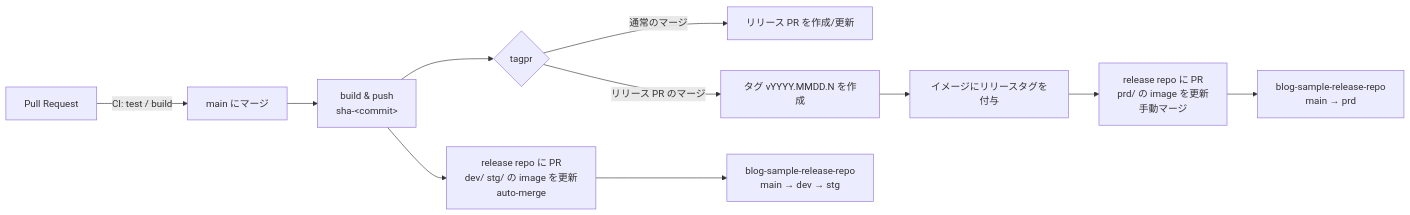
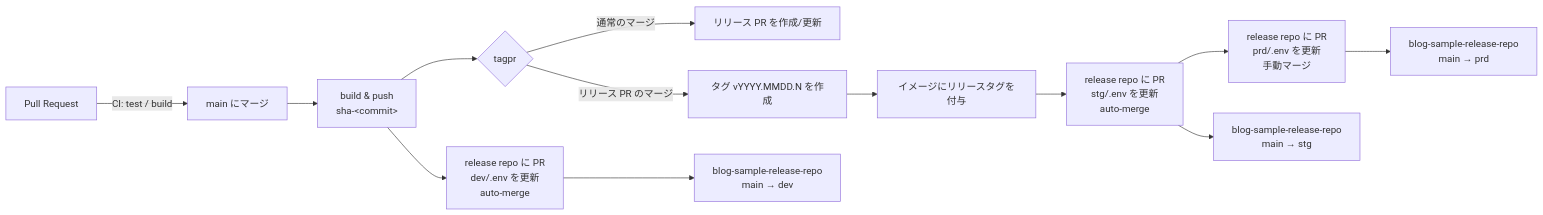
Before and after one commit to gainings/blog-sample-app-repo1: the diagram in README.md, drawn with Mermaid. The commit also changed other lines of this file and 2 other files, not shown here.

Commit message:
dev on main merge; stg (auto) and prd (manual) on tag (#6)

````diff
--- a/README.md
+++ b/README.md
@@ -11,13 +11,15 @@
 ```mermaid
 flowchart LR
     PR[Pull Request] -->|CI: test / build| Merge[main にマージ]
     Merge --> Build[build & push<br/>sha-&lt;commit&gt;]
     Build --> Tagpr{tagpr}
     Tagpr -->|通常のマージ| RelPR[リリース PR を作成/更新]
     Tagpr -->|リリース PR のマージ| Tag[タグ vYYYY.MMDD.N を作成]
-    Build --> PR1[release repo に PR<br/>dev/ stg/ の image を更新<br/>auto-merge]
+    Build --> PR1[release repo に PR<br/>dev/.env を更新<br/>auto-merge]
     Tag --> Retag[イメージにリリースタグを付与]
-    Retag --> PR2[release repo に PR<br/>prd/ の image を更新<br/>手動マージ]
-    PR1 --> Rel[blog-sample-release-repo<br/>main → dev → stg]
-    PR2 --> Rel2[blog-sample-release-repo<br/>main → prd]
+    Retag --> PR2[release repo に PR<br/>stg/.env を更新<br/>auto-merge]
+    PR2 --> PR3[release repo に PR<br/>prd/.env を更新<br/>手動マージ]
+    PR1 --> Rel[blog-sample-release-repo<br/>main → dev]
+    PR2 --> Rel2[blog-sample-release-repo<br/>main → stg]
+    PR3 --> Rel3[blog-sample-release-repo<br/>main → prd]
 ```
````
